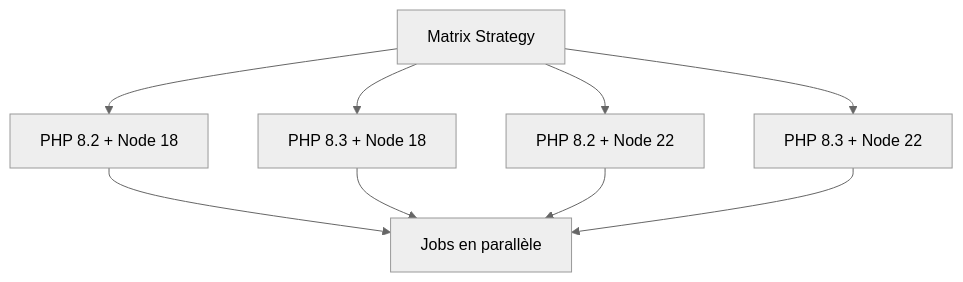
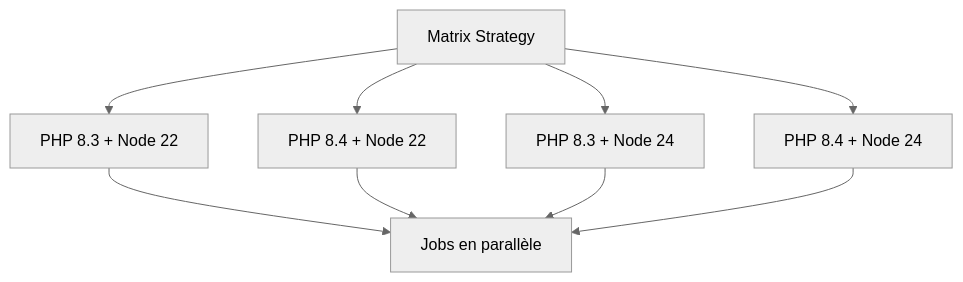
The diagram in docs/11-ci-cd/05-github-actions-avance.md (ThomasCrouzet/learning-docs), drawn with Mermaid (neutral theme) before and after one commit. The commit also changed 78 other files, not shown here.

````diff
--- a/docs/11-ci-cd/05-github-actions-avance.md
+++ b/docs/11-ci-cd/05-github-actions-avance.md
@@ -54,11 +54,11 @@
 ```mermaid
 graph TD
-    matrix[Matrix Strategy] --> combo1[PHP 8.2 + Node 18]
-    matrix --> combo2[PHP 8.3 + Node 18]
-    matrix --> combo3[PHP 8.2 + Node 22]
-    matrix --> combo4[PHP 8.3 + Node 22]
+    matrix[Matrix Strategy] --> combo1[PHP 8.3 + Node 22]
+    matrix --> combo2[PHP 8.4 + Node 22]
+    matrix --> combo3[PHP 8.3 + Node 24]
+    matrix --> combo4[PHP 8.4 + Node 24]
     combo1 --> parallel[Jobs en parallèle]
     combo2 --> parallel
     combo3 --> parallel
     combo4 --> parallel
 ```
````
